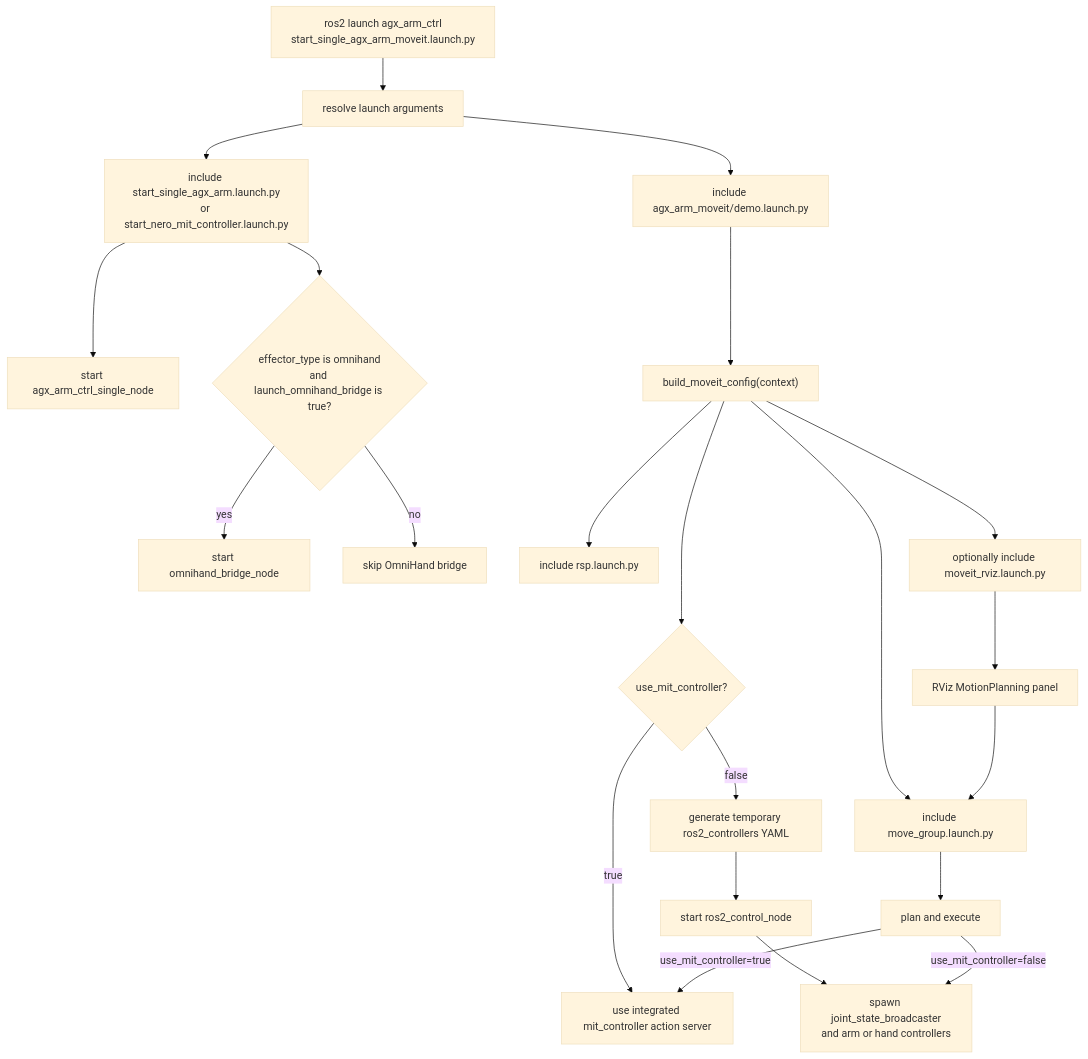
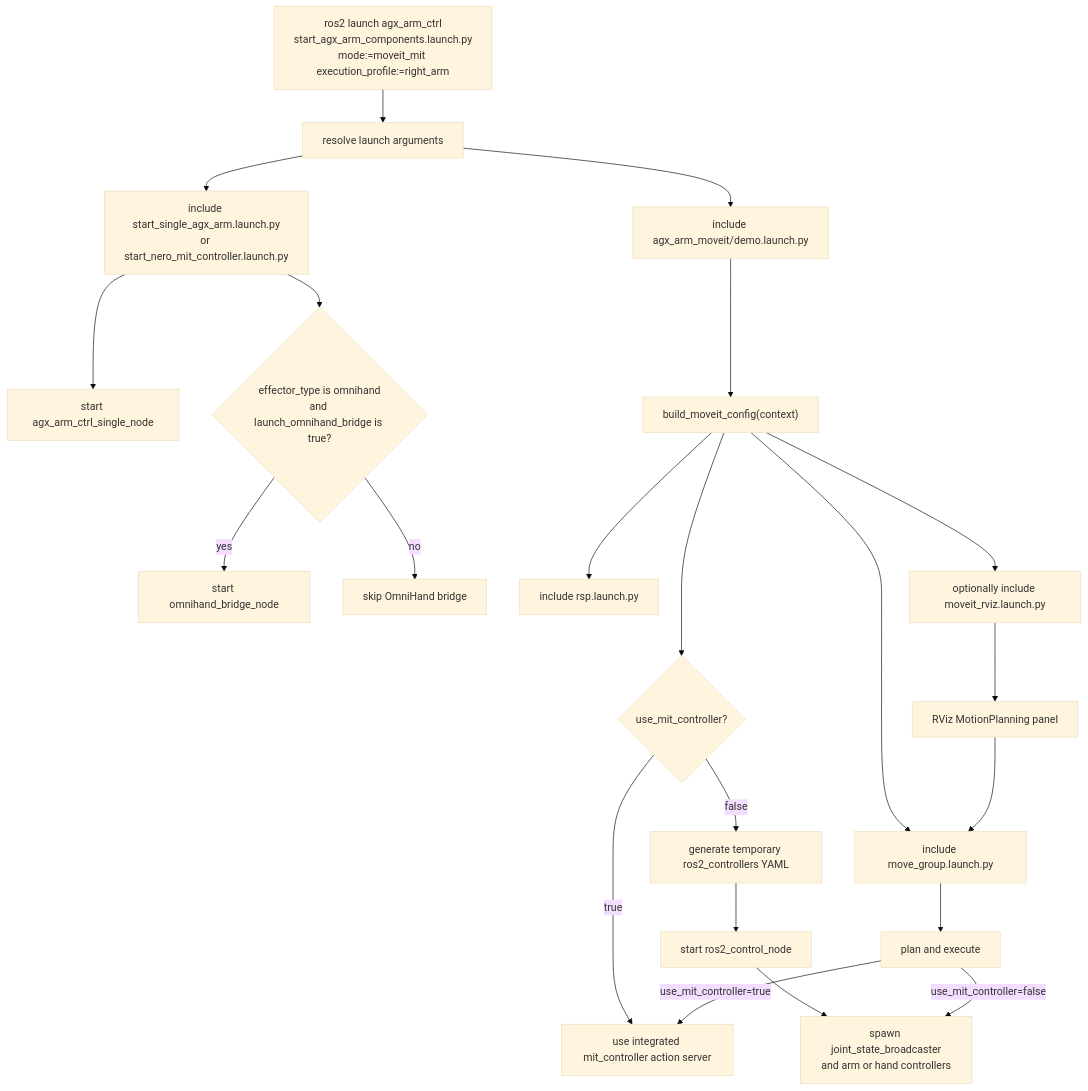
One commit to robyngehler/agx_arm_ros changed the second of 5 diagrams in docs/project/repo_interaction_diagrams.md. Above: the diagram before and after it, drawn with Mermaid (base theme). The commit also changed other lines of this file and 68 other files, not shown here.

````diff
--- a/docs/project/repo_interaction_diagrams.md
+++ b/docs/project/repo_interaction_diagrams.md
@@ -104,28 +104,28 @@
 ```mermaid
 flowchart TD
-    START["ros2 launch agx_arm_ctrl<br/>start_single_agx_arm_moveit.launch.py"] --> ARGS["resolve launch arguments"]
+    START["ros2 launch agx_arm_ctrl<br/>start_agx_arm_components.launch.py<br/>mode:=moveit_mit execution_profile:=right_arm"] --> ARGS["resolve launch arguments"]
     ARGS --> CTRL["include start_single_agx_arm.launch.py<br/>or start_nero_mit_controller.launch.py"]
     ARGS --> DEMO["include agx_arm_moveit/demo.launch.py"]
 
     CTRL --> ARMNODE["start agx_arm_ctrl_single_node"]
     CTRL --> BRIDGEGATE{"effector_type is omnihand<br/>and launch_omnihand_bridge is true?"}
     BRIDGEGATE -- yes --> BRIDGENODE["start omnihand_bridge_node"]
     BRIDGEGATE -- no --> NOBRIDGE["skip OmniHand bridge"]
 
     DEMO --> BUILDER["build_moveit_config(context)"]
     BUILDER --> RSP["include rsp.launch.py"]
     BUILDER --> MOVEGROUP["include move_group.launch.py"]
     BUILDER --> RVIZ["optionally include moveit_rviz.launch.py"]
     BUILDER --> MITMODE{"use_mit_controller?"}
 
     MITMODE -- true --> MITEXEC["use integrated mit_controller action server"]
     MITMODE -- false --> TMPCTRL["generate temporary ros2_controllers YAML"]
 
     TMPCTRL --> ROS2CTRL["start ros2_control_node"]
     ROS2CTRL --> SPAWN["spawn joint_state_broadcaster<br/>and arm or hand controllers"]
     RVIZ --> PANEL["RViz MotionPlanning panel"]
     PANEL --> MOVEGROUP
     MOVEGROUP --> EXEC["plan and execute"]
     EXEC -- "use_mit_controller=true" --> MITEXEC
     EXEC -- "use_mit_controller=false" --> SPAWN
 ```
````
